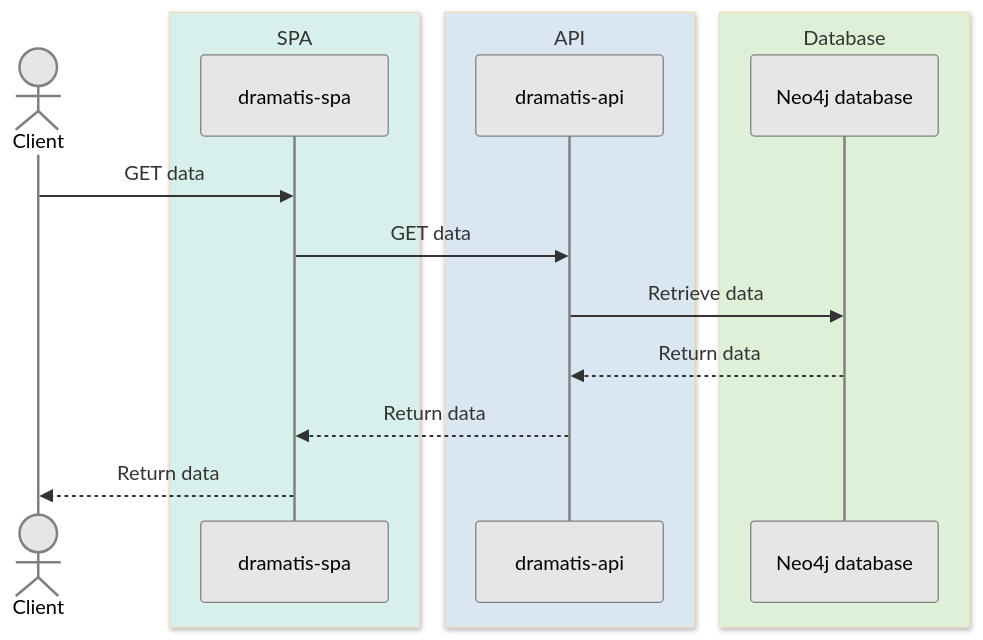
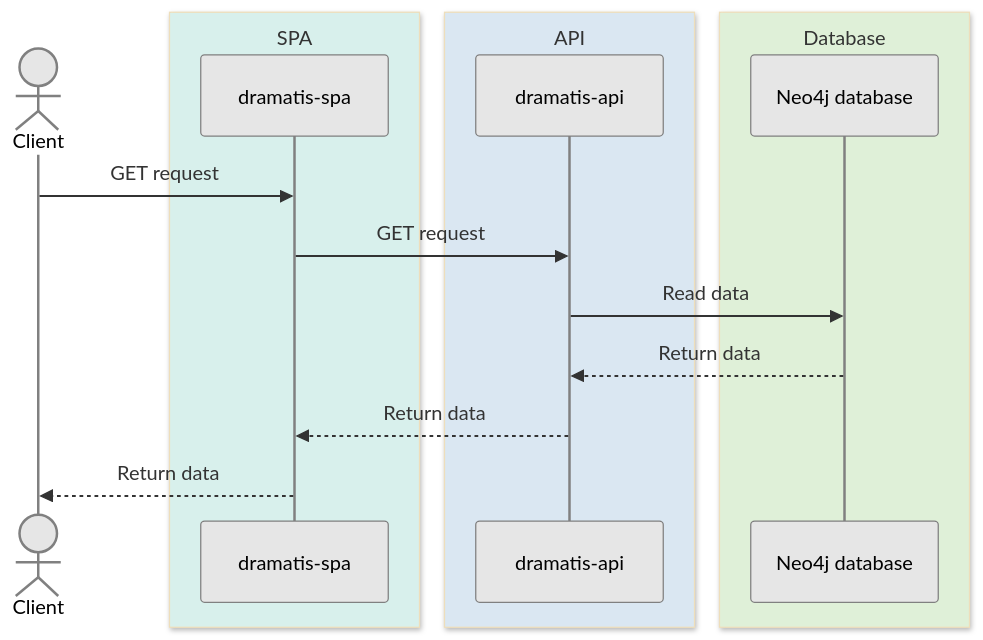
The diagram in README.md (andygout/dramatis-spa), drawn with Mermaid before and after one commit.

Commit message:
Convert architecture diagram from flowchart to sequence diagram

````diff
--- a/README.md
+++ b/README.md
@@ -23,38 +23,38 @@
 ```mermaid
 ---
 config:
   theme: base
   themeVariables:
     actorBkg: "#E6E6E6"
     actorBorder: "#808080"
     actorTextColor: "#000000"
 ---
 sequenceDiagram
   %% Components and grouping boxes
   actor CLIENT as Client
 
   box rgb(216, 240, 236) SPA
     participant DRAMATIS_SPA as dramatis-spa
   end
 
   box rgb(218, 231, 242) API
     participant DRAMATIS_API as dramatis-api
   end
 
   box rgb(223, 240, 216) Database
     participant NEO4J_DATABASE as Neo4j database
   end
 
   %% Relationships
-  CLIENT ->> DRAMATIS_SPA: GET data
+  CLIENT ->> DRAMATIS_SPA: GET request
 
-  DRAMATIS_SPA ->> DRAMATIS_API: GET data
+  DRAMATIS_SPA ->> DRAMATIS_API: GET request
 
-  DRAMATIS_API ->> NEO4J_DATABASE: Retrieve data
+  DRAMATIS_API ->> NEO4J_DATABASE: Read data
 
   NEO4J_DATABASE -->> DRAMATIS_API: Return data
 
   DRAMATIS_API -->> DRAMATIS_SPA: Return data
 
   DRAMATIS_SPA -->> CLIENT: Return data
 ```
````
